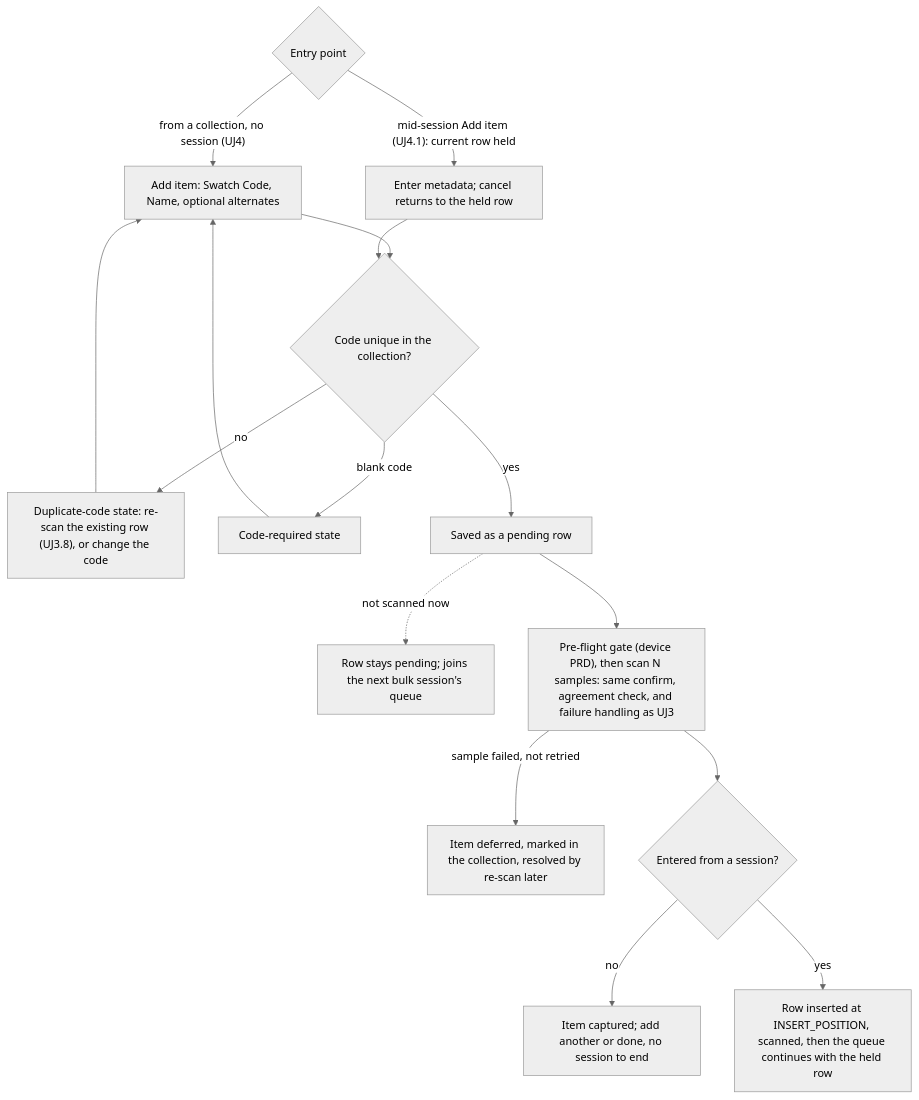
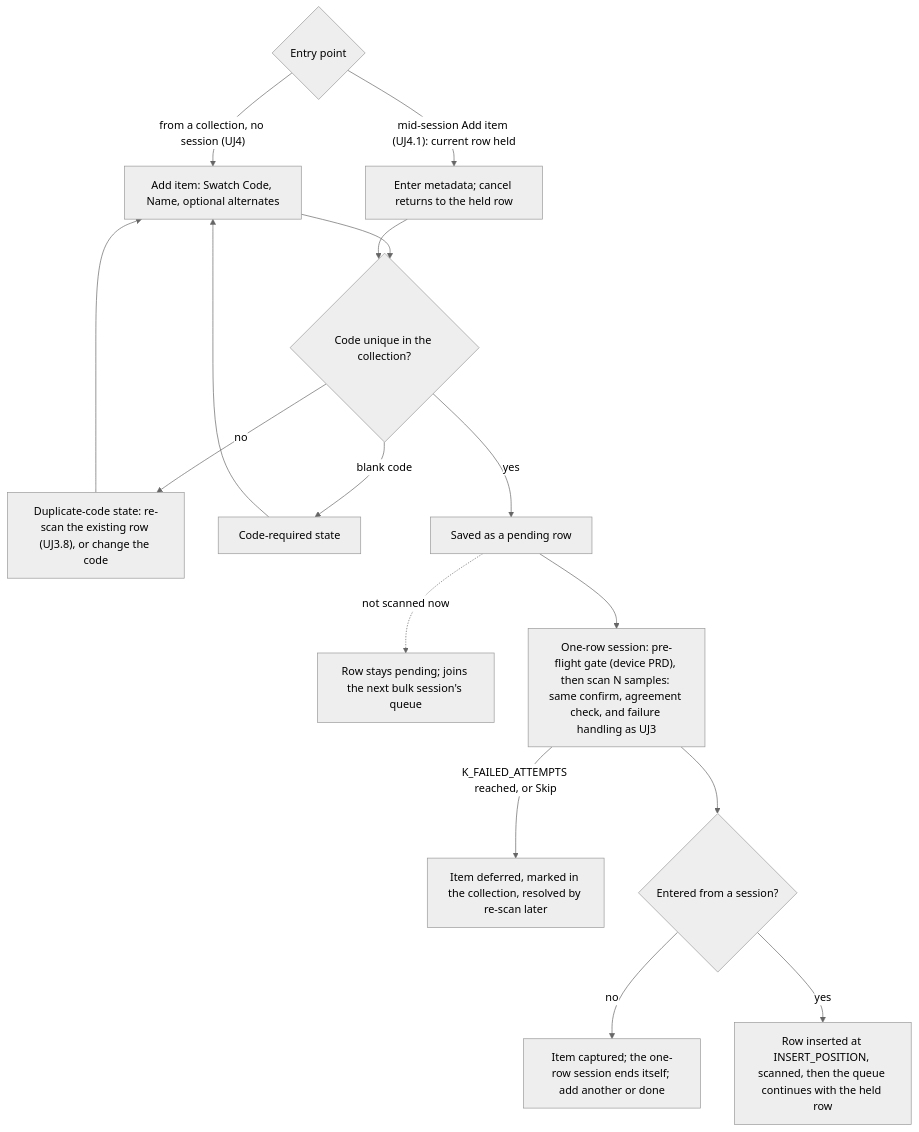
One commit to vinnyp/spectro-capture changed the sixth of 6 diagrams in docs/product/prd-capture-mode.md. Above: the diagram before and after it, drawn with Mermaid (neutral theme). The commit also changed other lines of this file and 2 other files, not shown here.

First line of the commit message:
Apply round-1 review fixes to the capture-mode PRD journeys

````diff
--- a/docs/product/prd-capture-mode.md
+++ b/docs/product/prd-capture-mode.md
@@ -484,18 +513,18 @@
 ```mermaid
 flowchart TD
     A{Entry point} -- "from a collection, no session (UJ4)" --> B["Add item: Swatch Code, Name, optional alternates"]
     A -- "mid-session Add item (UJ4.1): current row held" --> B2["Enter metadata; cancel returns to the held row"]
     B --> C{Code unique in the collection?}
     B2 --> C
     C -- no --> C1["Duplicate-code state: re-scan the existing row (UJ3.8), or change the code"]
     C1 --> B
     C -- "blank code" --> C2["Code-required state"]
     C2 --> B
     C -- yes --> D["Saved as a pending row"]
     D -. "not scanned now" .-> D1["Row stays pending; joins the next bulk session's queue"]
-    D --> E["Pre-flight gate (device PRD), then scan N samples: same confirm, agreement check, and failure handling as UJ3"]
-    E -- "sample failed, not retried" --> E1["Item deferred, marked in the collection, resolved by re-scan later"]
+    D --> E["One-row session: pre-flight gate (device PRD), then scan N samples: same confirm, agreement check, and failure handling as UJ3"]
+    E -- "K_FAILED_ATTEMPTS reached, or Skip" --> E1["Item deferred, marked in the collection, resolved by re-scan later"]
     E --> F{Entered from a session?}
-    F -- no --> G["Item captured; add another or done, no session to end"]
+    F -- no --> G["Item captured; the one-row session ends itself; add another or done"]
     F -- yes --> H["Row inserted at INSERT_POSITION, scanned, then the queue continues with the held row"]
 ```
````
